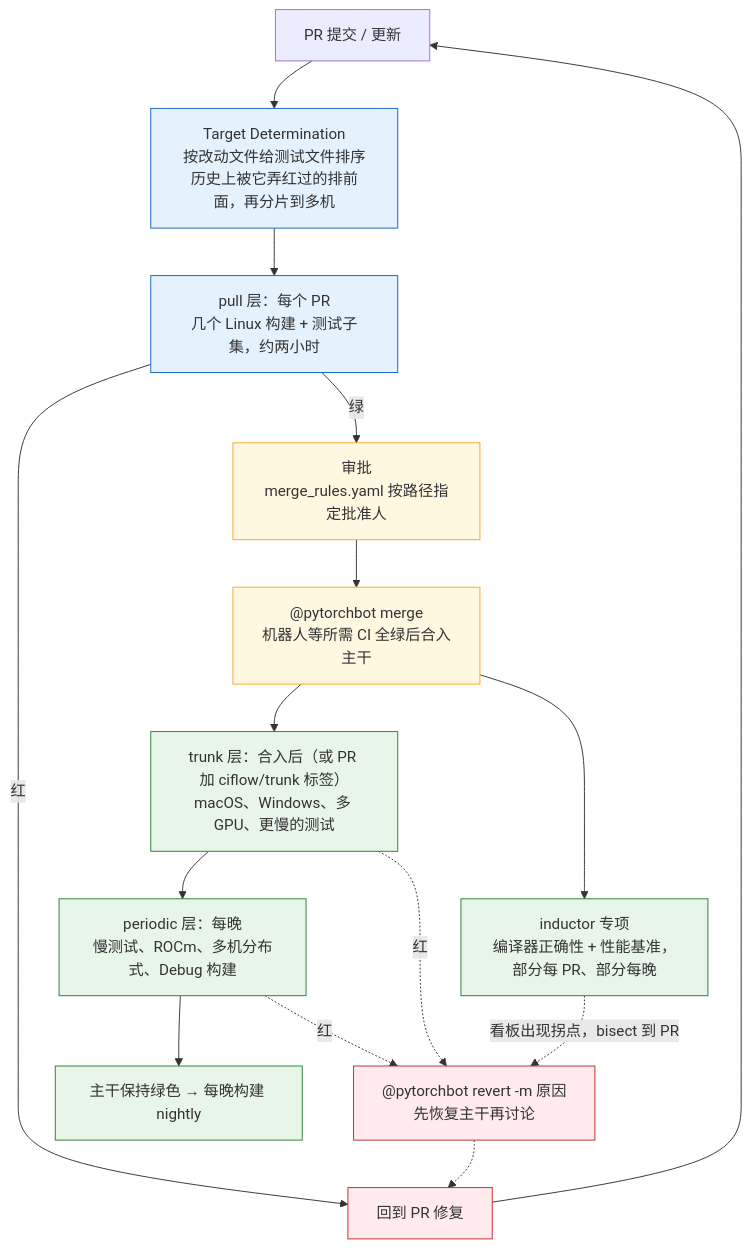
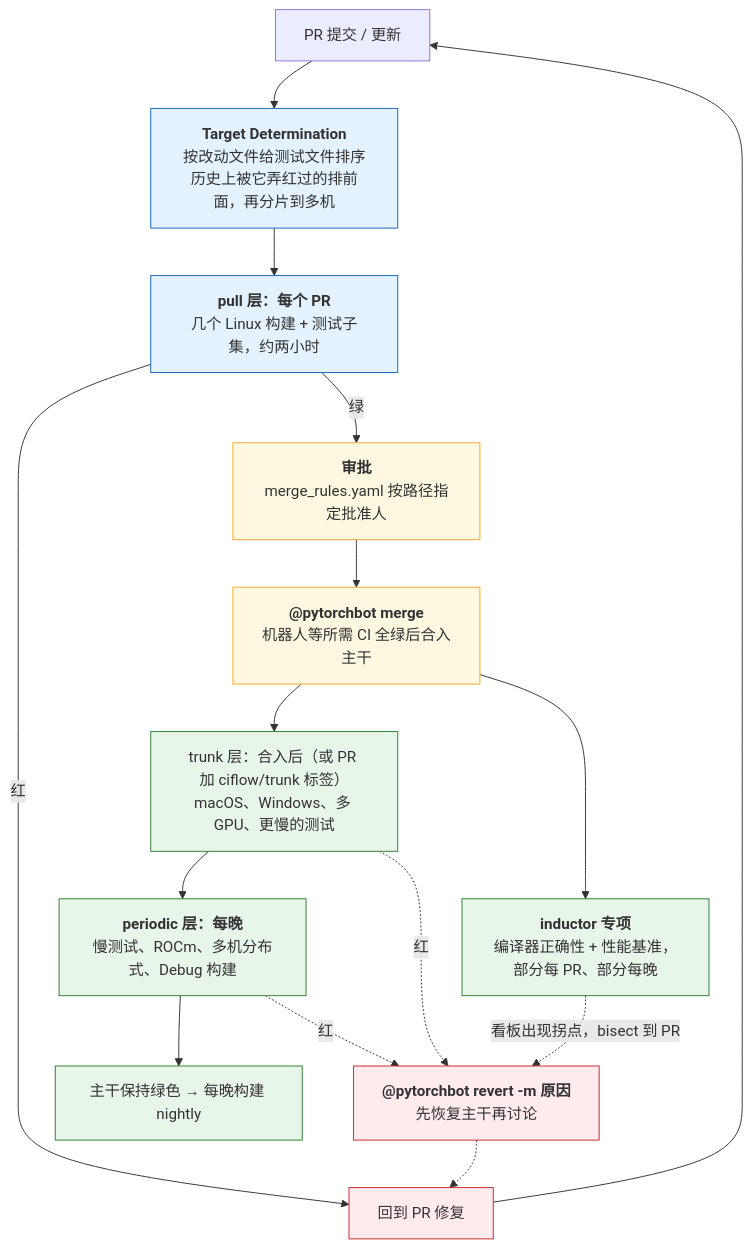
One commit to arganzheng/arganzheng.github.com changed the second of 6 diagrams in _posts/2026-02-26-pytorch-engineering-system.md. Above: the diagram before and after it, drawn with Mermaid. The commit also changed other lines of this file and 10 other files, not shown here.

First line of the commit message:
PyTorch 深度实践：从 Tensor 到深度学习运行时：Mermaid 多行方框的首行标为标题（11 篇）

````diff
--- a/_posts/2026-02-26-pytorch-engineering-system.md
+++ b/_posts/2026-02-26-pytorch-engineering-system.md
@@ -481,34 +481,34 @@
 ```mermaid
 %% 图：CI 分层与合入、回滚：合入前只有 pull 层拦截，合入后 trunk / periodic / inductor 在主干上继续跑，红了就回滚
 flowchart TB
     PR["PR 提交 / 更新"]
-    TD["Target Determination<br/>按改动文件给测试文件排序<br/>历史上被它弄红过的排前面，再分片到多机"]
-    PULL["pull 层：每个 PR<br/>几个 Linux 构建 + 测试子集，约两小时"]
+    TD["<b>Target Determination</b><br/>按改动文件给测试文件排序<br/>历史上被它弄红过的排前面，再分片到多机"]
+    PULL["<b>pull 层：每个 PR</b><br/>几个 Linux 构建 + 测试子集，约两小时"]
     FIX["回到 PR 修复"]
-    REVIEW["审批<br/>merge_rules.yaml 按路径指定批准人"]
-    BOT["@pytorchbot merge<br/>机器人等所需 CI 全绿后合入主干"]
+    REVIEW["<b>审批</b><br/>merge_rules.yaml 按路径指定批准人"]
+    BOT["<b>@pytorchbot merge</b><br/>机器人等所需 CI 全绿后合入主干"]
     TRUNK["trunk 层：合入后（或 PR 加 ciflow/trunk 标签）<br/>macOS、Windows、多 GPU、更慢的测试"]
-    PERIODIC["periodic 层：每晚<br/>慢测试、ROCm、多机分布式、Debug 构建"]
-    IND["inductor 专项<br/>编译器正确性 + 性能基准，部分每 PR、部分每晚"]
-    REVERT["@pytorchbot revert -m 原因<br/>先恢复主干再讨论"]
+    PERIODIC["<b>periodic 层：每晚</b><br/>慢测试、ROCm、多机分布式、Debug 构建"]
+    IND["<b>inductor 专项</b><br/>编译器正确性 + 性能基准，部分每 PR、部分每晚"]
+    REVERT["<b>@pytorchbot revert -m 原因</b><br/>先恢复主干再讨论"]
     NIGHTLY["主干保持绿色 → 每晚构建 nightly"]
 
     PR --> TD --> PULL
     PULL -->|"红"| FIX --> PR
     PULL -->|"绿"| REVIEW --> BOT
     BOT --> TRUNK --> PERIODIC --> NIGHTLY
     BOT --> IND
     TRUNK -.->|"红"| REVERT
     PERIODIC -.->|"红"| REVERT
     IND -.->|"看板出现拐点，bisect 到 PR"| REVERT
     REVERT -.-> FIX
 
     classDef pre fill:#e3f2fd,stroke:#1565c0;
     classDef post fill:#e8f5e9,stroke:#2e7d32;
     classDef bad fill:#ffebee,stroke:#c62828;
     classDef bot fill:#fff8e1,stroke:#f9a825;
     class TD,PULL pre;
     class TRUNK,PERIODIC,IND,NIGHTLY post;
     class FIX,REVERT bad;
     class REVIEW,BOT bot;
 ```
````
